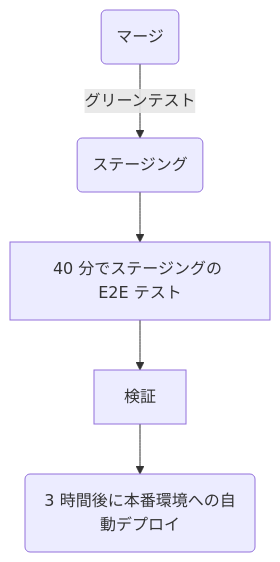
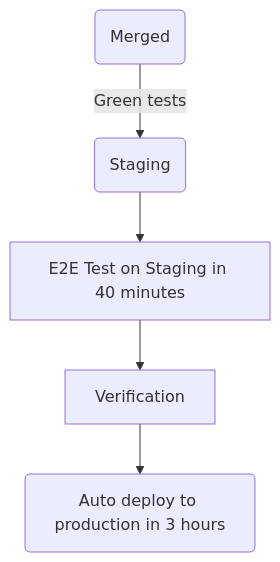
Before and after one commit to kyama0/gitlab-handbook-ja: the diagram in content/handbook/engineering/development/fulfillment/_index.md, drawn with Mermaid. The commit also changed other lines of this file and 38 other files, not shown here.

````diff
--- a/content/handbook/engineering/development/fulfillment/_index.md
+++ b/content/handbook/engineering/development/fulfillment/_index.md
@@ -483,7 +473,7 @@
 ```mermaid
 graph TD;
-    A(マージ) --> |グリーンテスト| B(ステージング);
-    B --> C[40 分でステージングの E2E テスト];
-    C --> D[検証]
-    D --> E(3 時間後に本番環境への自動デプロイ);
+    A(Merged) --> |Green tests| B(Staging);
+    B --> C[E2E Test on Staging in 40 minutes];
+    C --> D[Verification]
+    D --> E(Auto deploy to production in 3 hours);
 ```
````
